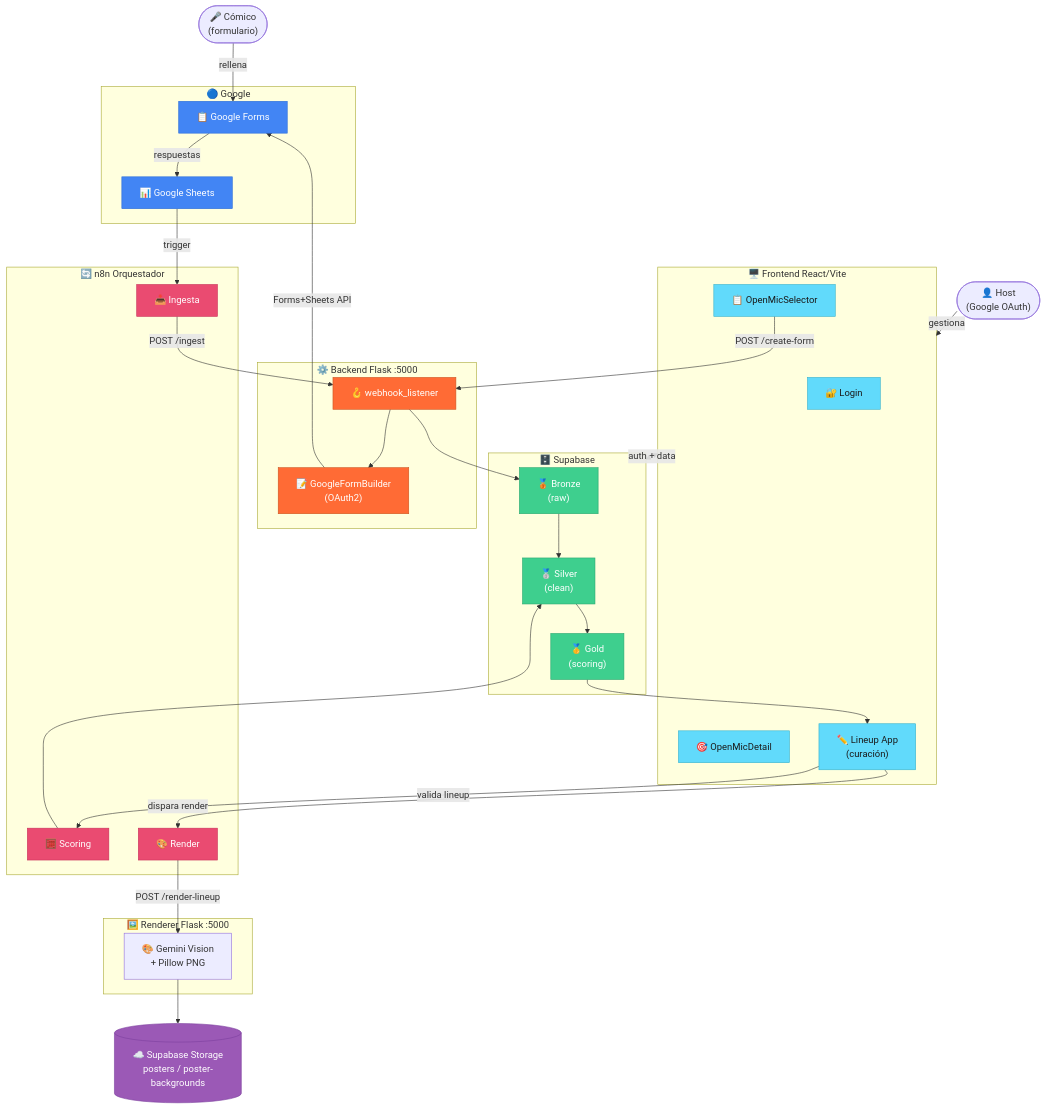
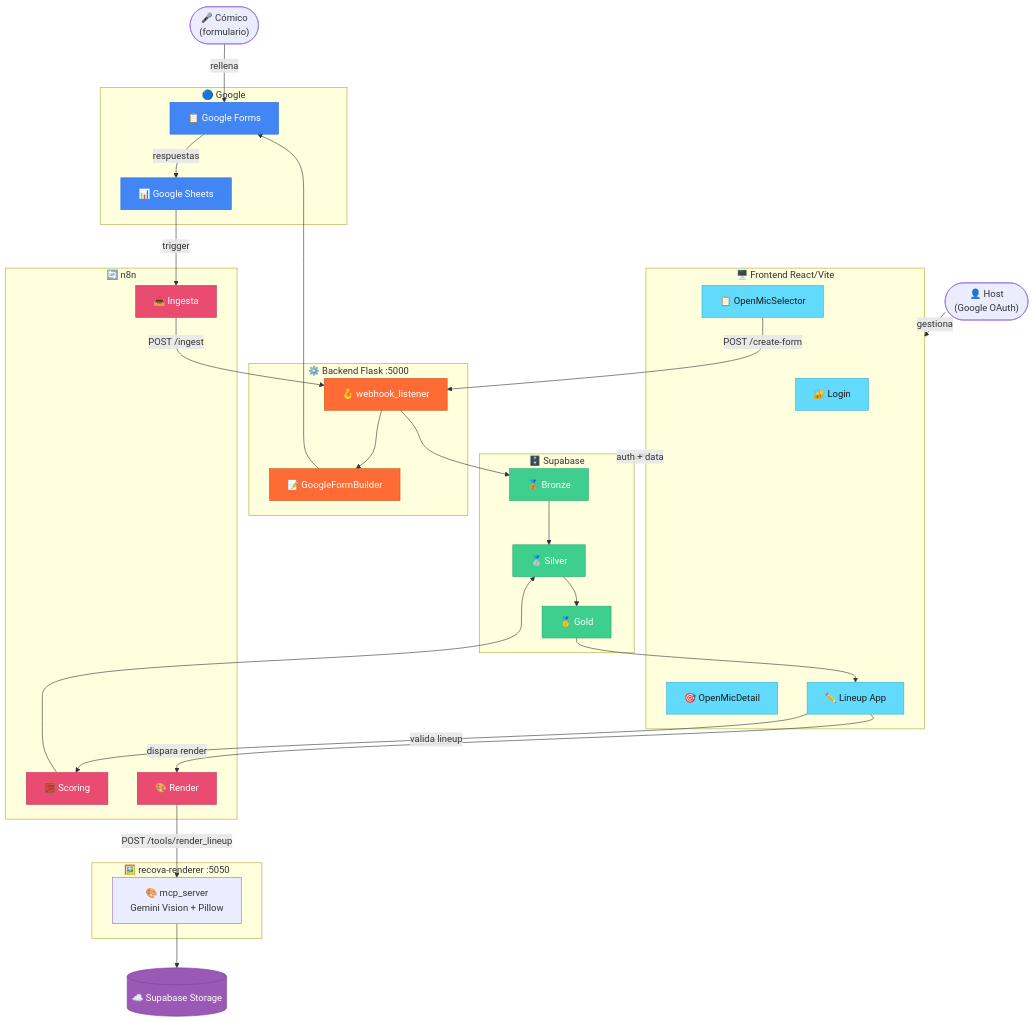
The diagram in README.md (SAfonso/recova-project), drawn with Mermaid before and after one commit. The commit also changed other lines of this file, not shown here.

````diff
--- a/README.md
+++ b/README.md
@@ -13,80 +11,67 @@
 ```mermaid
 flowchart TD
     classDef google fill:#4285F4,color:#fff,stroke:#2a6dd9
     classDef supabase fill:#3ECF8E,color:#fff,stroke:#29a870
     classDef flask fill:#FF6B35,color:#fff,stroke:#cc5520
     classDef frontend fill:#61DAFB,color:#1a1a1a,stroke:#38b2cc
     classDef n8n fill:#EA4B71,color:#fff,stroke:#c73059
     classDef storage fill:#9B59B6,color:#fff,stroke:#7d3f9e
 
     Host(["👤 Host\n(Google OAuth)"])
     Comico(["🎤 Cómico\n(formulario)"])
 
     subgraph FE ["🖥️ Frontend React/Vite"]
         Login["🔐 Login"]
         Selector["📋 OpenMicSelector"]
         Detail["🎯 OpenMicDetail"]
-        App["✏️ Lineup App\n(curación)"]
+        App["✏️ Lineup App"]
     end
 
     subgraph BE ["⚙️ Backend Flask :5000"]
         WH["🪝 webhook_listener"]
-        FB["📝 GoogleFormBuilder\n(OAuth2)"]
+        FB["📝 GoogleFormBuilder"]
+    end
+
+    subgraph Renderer ["🖼️ recova-renderer :5050"]
+        MCP["🎨 mcp_server\nGemini Vision + Pillow"]
     end
 
     subgraph Google ["🔵 Google"]
         GF["📋 Google Forms"]
         GS["📊 Google Sheets"]
     end
 
-    subgraph Pipe ["🔄 n8n Orquestador"]
+    subgraph Pipe ["🔄 n8n"]
         Ingesta["📥 Ingesta"]
         Scoring["🧮 Scoring"]
         Render["🎨 Render"]
     end
 
     subgraph DB ["🗄️ Supabase"]
-        Bronze["🥉 Bronze\n(raw)"]
-        Silver["🥈 Silver\n(clean)"]
-        Gold["🥇 Gold\n(scoring)"]
+        Bronze["🥉 Bronze"]
+        Silver["🥈 Silver"]
+        Gold["🥇 Gold"]
     end
 
-    subgraph Renderer ["🖼️ Renderer Flask :5000"]
-        PW["🎨 Gemini Vision\n+ Pillow PNG"]
-    end
+    Storage[("☁️ Supabase Storage")]
 
-    Storage[("☁️ Supabase Storage\nposters / poster-backgrounds")]
-
-    %% Flujo de formulario
     Comico -->|rellena| GF
     Host -->|gestiona| FE
-    Selector -->|"POST /create-form"| WH
-    WH --> FB
-    FB -->|"Forms+Sheets API"| GF
-    GF -->|respuestas| GS
+    Selector -->|POST /create-form| WH
+    WH --> FB --> GF -->|respuestas| GS
 
-    %% Ingesta
-    GS -->|trigger| Ingesta
-    Ingesta -->|"POST /ingest"| WH
-    WH --> Bronze --> Silver --> Gold
+    GS -->|trigger| Ingesta -->|POST /ingest| WH
+    WH --> Bronze --> Silver --> Gold --> App
 
-    %% Curación y scoring
-    Gold --> App
-    App -->|valida lineup| Scoring
-    Scoring --> Silver
+    App -->|valida lineup| Scoring --> Silver
+    App -->|dispara render| Render -->|POST /tools/render_lineup| MCP --> Storage
 
-    %% Render
-    App -->|"dispara render"| Render
-    Render -->|"POST /render-lineup"| PW
-    PW --> Storage
-
-    %% Auth
     FE <-->|auth + data| DB
 
     class GF,GS google
     class Bronze,Silver,Gold supabase
     class WH,FB flask
     class Login,Selector,Detail,App frontend
     class Ingesta,Scoring,Render n8n
     class Storage storage
 ```
````
